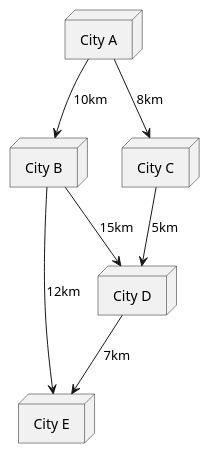
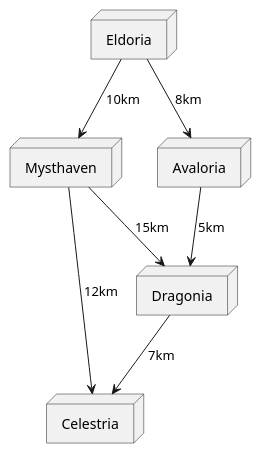
Before and after one commit to Vincenzo1301/shortest-path-problem: the diagram in docs/german-distances.plantuml, drawn with PlantUML. The commit also changed 2 other files, not shown here.

```diff
--- a/docs/german-distances.plantuml
+++ b/docs/german-distances.plantuml
@@ -1,18 +1,18 @@
 @startuml
 
 ' Define nodes
-node "City A" as cityA
-node "City B" as cityB
-node "City C" as cityC
-node "City D" as cityD
-node "City E" as cityE
+node "Eldoria" as cityA
+node "Mysthaven" as cityB
+node "Avaloria" as cityC
+node "Dragonia" as cityD
+node "Celestria" as cityE
 
 ' Define edges with distances
 cityA --> cityB : 10km
 cityA --> cityC : 8km
 cityB --> cityD : 15km
 cityB --> cityE : 12km
 cityC --> cityD : 5km
 cityD --> cityE : 7km
 
 @enduml
```
